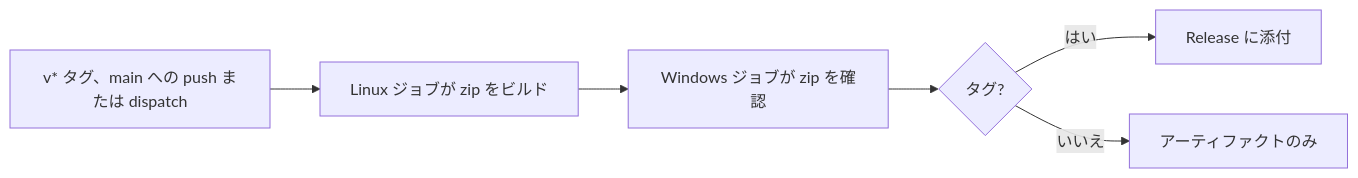
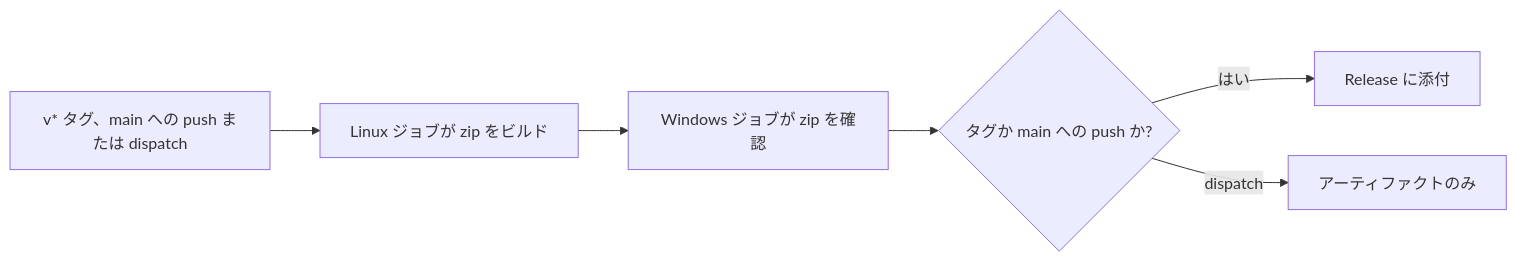
Before and after one commit to syudead/vv: the ninth of 9 diagrams in translations/ja/docs/design-docs/windows-app.md, drawn with Mermaid. The commit also changed other lines of this file and 2 other files, not shown here.

First line of the commit message:
ci: main への push のたびに Windows 版の zip を GitHub Release に添付する

````diff
--- a/translations/ja/docs/design-docs/windows-app.md
+++ b/translations/ja/docs/design-docs/windows-app.md
@@ -220,8 +220,8 @@
 ```mermaid
 flowchart LR
   tag[v* タグ、main への push または dispatch] --> build[Linux ジョブが zip をビルド]
   build --> verify[Windows ジョブが zip を確認]
-  verify --> tagged{タグ?}
-  tagged -->|はい| release[Release に添付]
-  tagged -->|いいえ| artifact[アーティファクトのみ]
+  verify --> pushed{タグか main への push か?}
+  pushed -->|はい| release[Release に添付]
+  pushed -->|dispatch| artifact[アーティファクトのみ]
 ```
````
